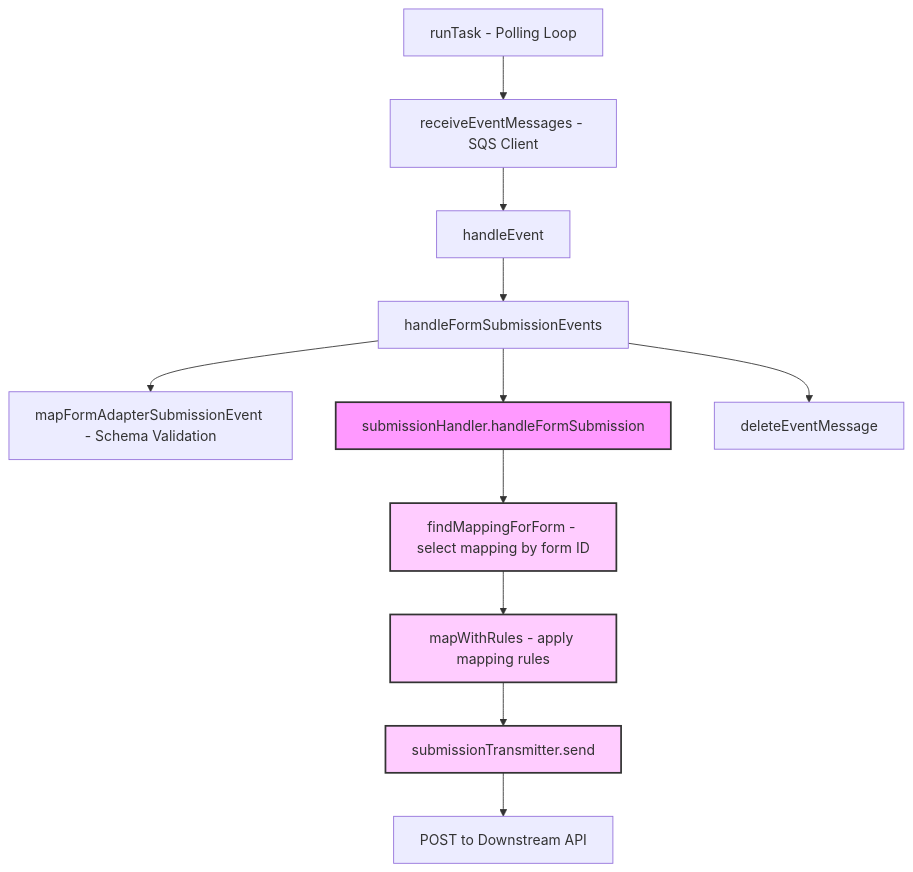
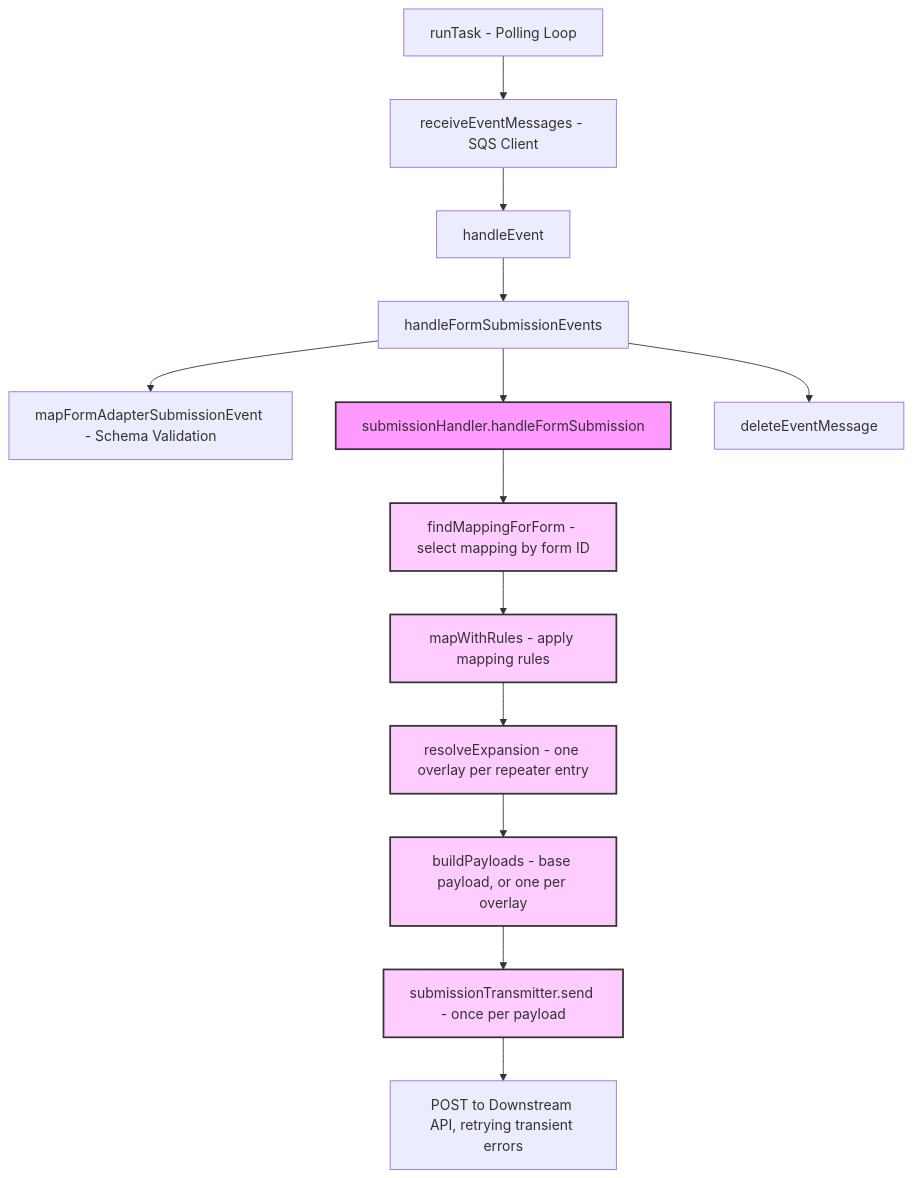
One commit to DEFRA/forms-newls-cwt-listener changed the third of 4 diagrams in docs/02-architecture.md. Above: the diagram before and after it, drawn with Mermaid. The commit also changed other lines of this file and 43 other files, not shown here.

````diff
--- a/docs/02-architecture.md
+++ b/docs/02-architecture.md
@@ -56,18 +63,22 @@
 ```mermaid
 graph TD
     A[runTask - Polling Loop] --> B[receiveEventMessages - SQS Client]
     B --> C[handleEvent]
     C --> D[handleFormSubmissionEvents]
     D --> E[mapFormAdapterSubmissionEvent - Schema Validation]
     D --> F[submissionHandler.handleFormSubmission]
     F --> G[findMappingForForm - select mapping by form ID]
     G --> H[mapWithRules - apply mapping rules]
-    H --> K[submissionTransmitter.send]
-    K --> L[POST to Downstream API]
+    H --> I[resolveExpansion - one overlay per repeater entry]
+    I --> J[buildPayloads - base payload, or one per overlay]
+    J --> K[submissionTransmitter.send - once per payload]
+    K --> L[POST to Downstream API, retrying transient errors]
     D --> M[deleteEventMessage]
 
     style F fill:#f9f,stroke:#333,stroke-width:2px
     style G fill:#fcf,stroke:#333,stroke-width:2px
     style H fill:#fcf,stroke:#333,stroke-width:2px
+    style I fill:#fcf,stroke:#333,stroke-width:2px
+    style J fill:#fcf,stroke:#333,stroke-width:2px
     style K fill:#fcf,stroke:#333,stroke-width:2px
 ```
````
